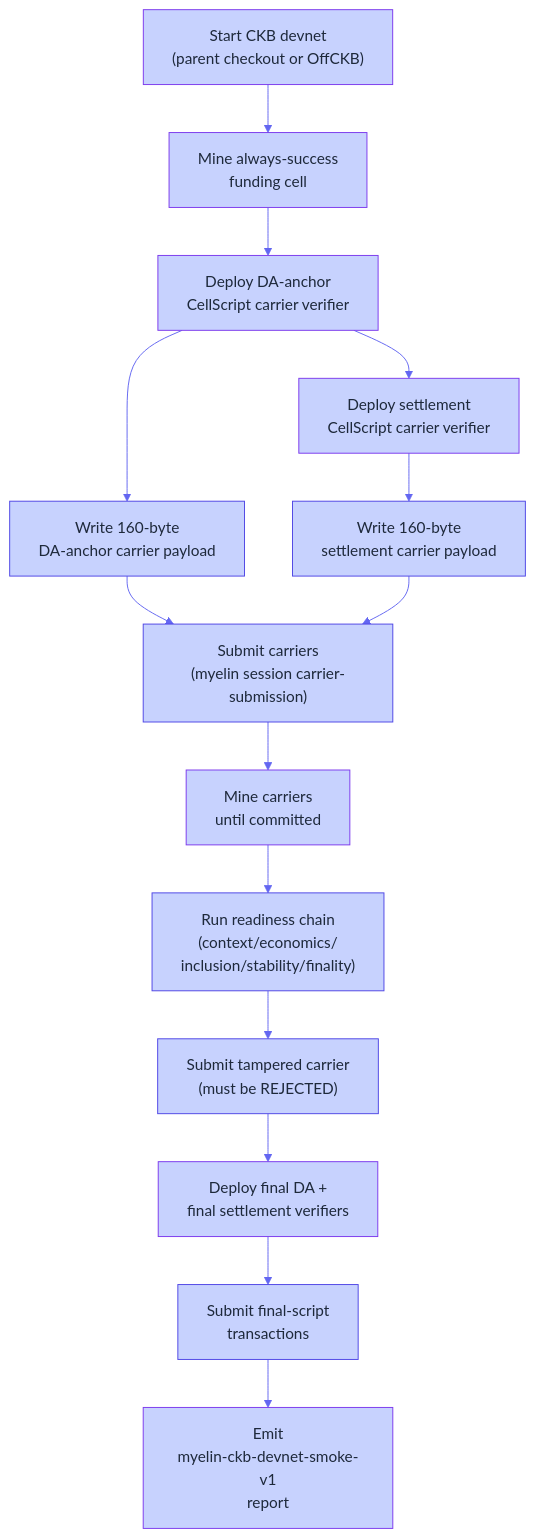
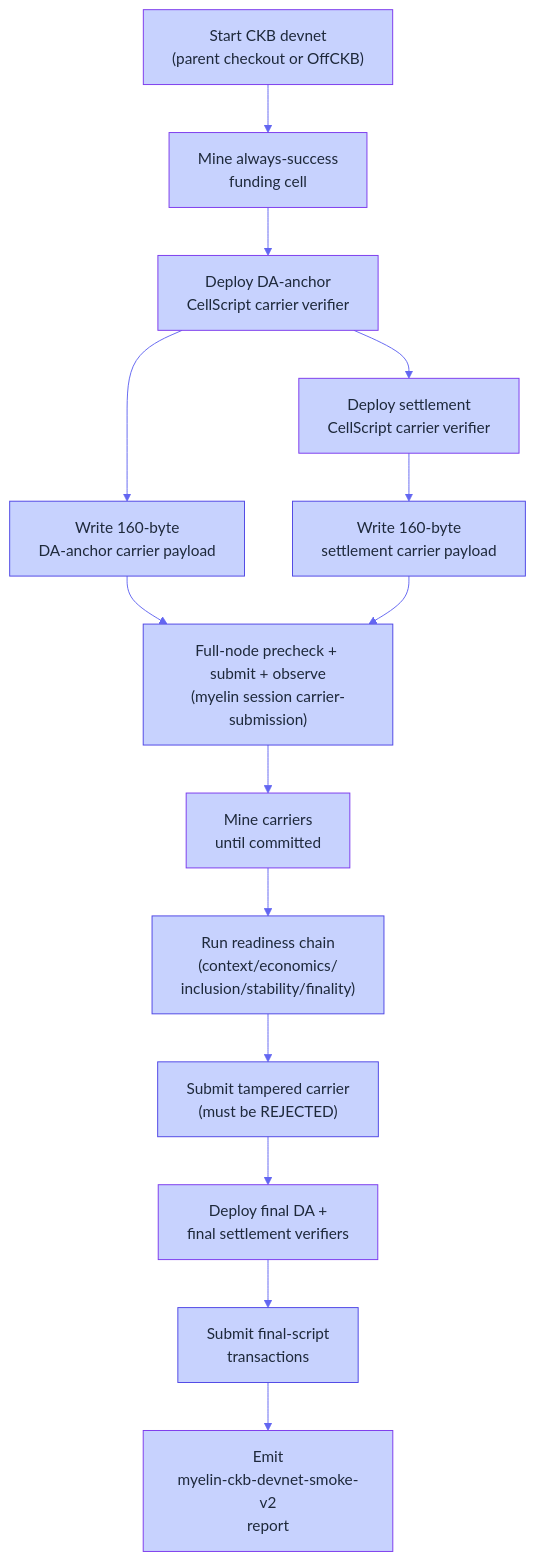
The first of 2 diagrams in docs/operations/devnet-smoke.md (Myelin-Labs/Myelin), drawn with Mermaid before and after one commit. The commit also changed other lines of this file and 808 other files, not shown here.

````diff
--- a/docs/operations/devnet-smoke.md
+++ b/docs/operations/devnet-smoke.md
@@ -24,40 +24,40 @@
 ```mermaid
 %%{init: {
   "theme": "base",
   "themeVariables": {
     "primaryColor": "#A5B4FC",
     "primaryTextColor": "#1E293B",
     "primaryBorderColor": "#4F46E5",
     "lineColor": "#6366F1",
     "secondaryColor": "#C7D2FE",
     "tertiaryColor": "#C7D2FE"
   }
 }}%%
 flowchart TB
     A["Start CKB devnet<br/>(parent checkout or OffCKB)"]:::dev
     B["Mine always-success<br/>funding cell"]:::dev
     C["Deploy DA-anchor<br/>CellScript carrier verifier"]:::dev
     D["Deploy settlement<br/>CellScript carrier verifier"]:::dev
     E["Write 160-byte<br/>DA-anchor carrier payload"]:::sm
     F["Write 160-byte<br/>settlement carrier payload"]:::sm
-    G["Submit carriers<br/>(myelin session carrier-submission)"]:::sm
+    G["Full-node precheck + submit + observe<br/>(myelin session carrier-submission)"]:::sm
     H["Mine carriers<br/>until committed"]:::dev
     I["Run readiness chain<br/>(context/economics/<br/>inclusion/stability/finality)"]:::sm
     J["Submit tampered carrier<br/>(must be REJECTED)"]:::sm
     K["Deploy final DA +<br/>final settlement verifiers"]:::dev
     L["Submit final-script<br/>transactions"]:::sm
-    M["Emit<br/>myelin-ckb-devnet-smoke-v1<br/>report"]:::out
+    M["Emit<br/>myelin-ckb-devnet-smoke-v2<br/>report"]:::out
 
     A --> B --> C --> D
     C --> E
     D --> F
     E --> G
     F --> G
     G --> H --> I
     I --> J
     J --> K --> L --> M
 
     classDef dev fill:#C7D2FE,stroke:#7C3AED,color:#1E293B;
     classDef sm  fill:#C7D2FE,stroke:#4F46E5,color:#1E293B;
     classDef out fill:#C7D2FE,stroke:#7C3AED,color:#1E293B;
 ```
````
